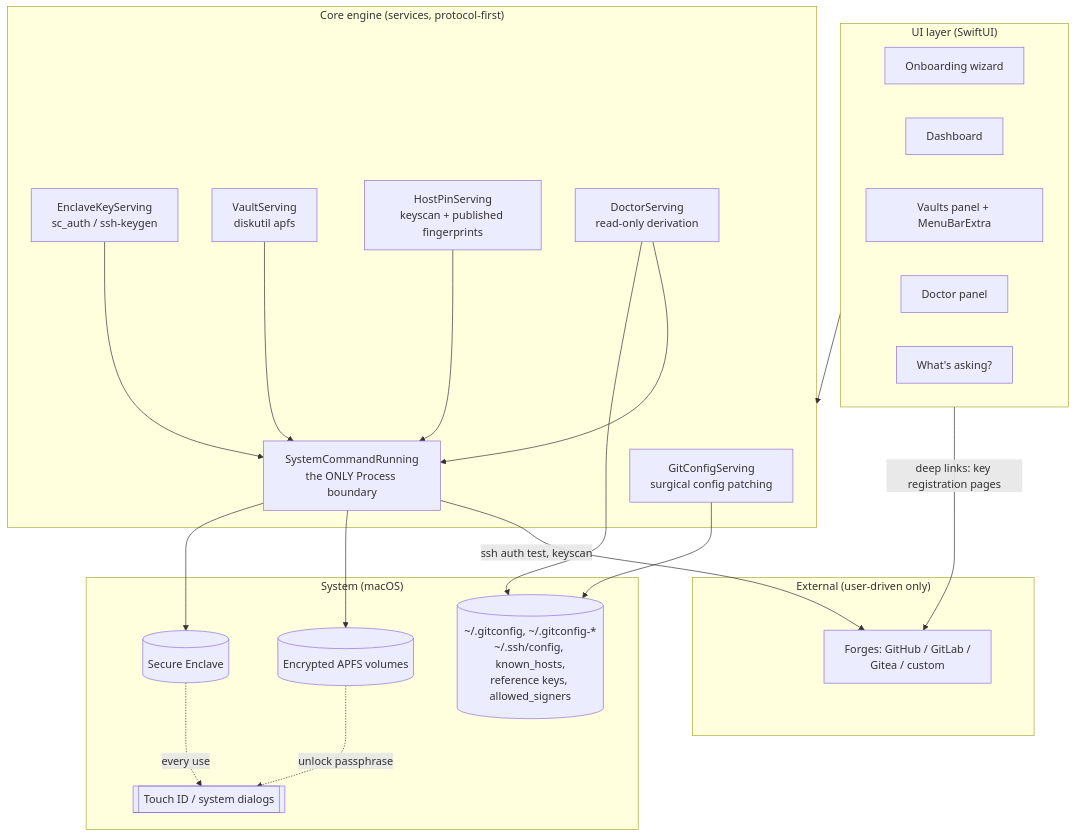
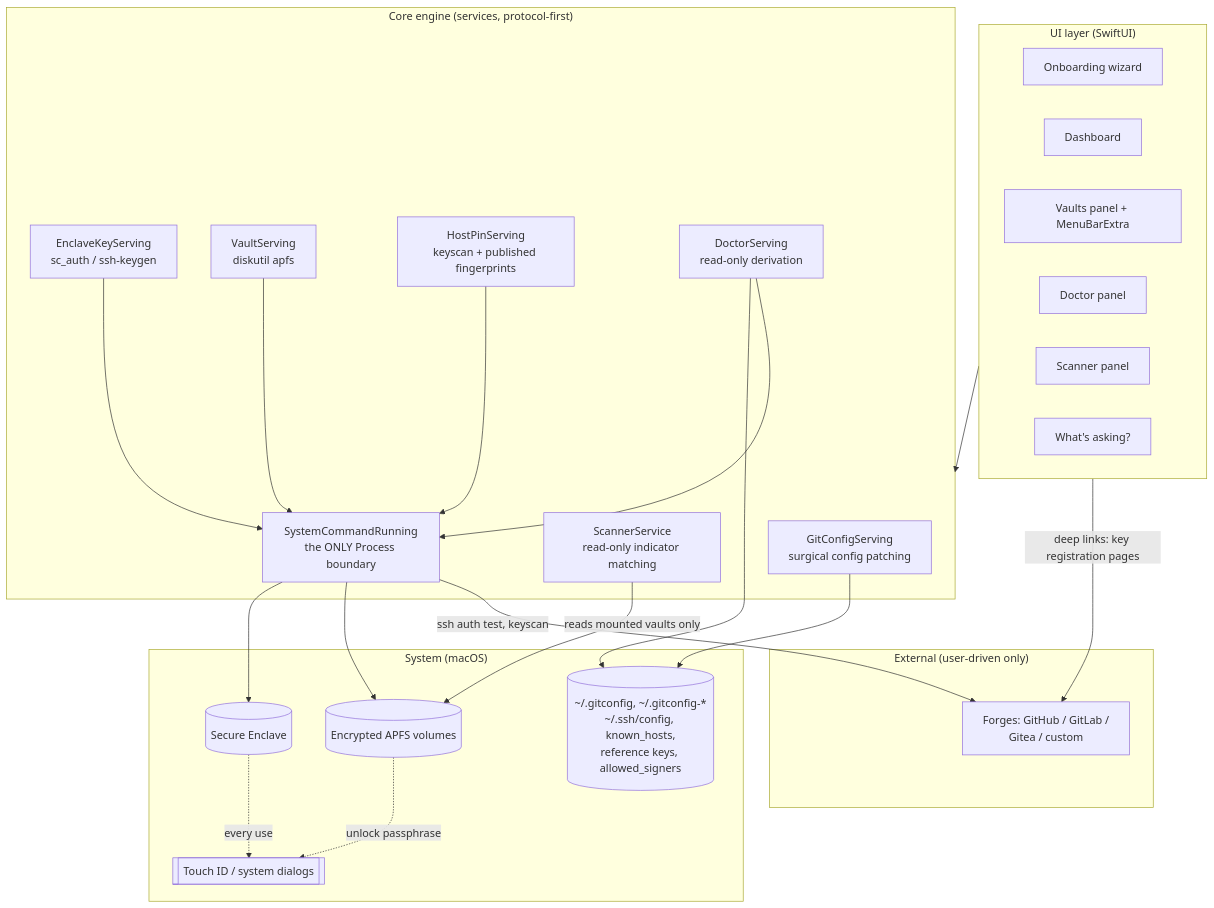
Before and after one commit to tugane/Vaultkit: the first of 5 diagrams in docs/data-flow.md, drawn with Mermaid. The commit also changed other lines of this file and 13 other files, not shown here.

````diff
--- a/docs/data-flow.md
+++ b/docs/data-flow.md
@@ -5,44 +5,47 @@
 ```mermaid
 flowchart TB
     subgraph UI["UI layer (SwiftUI)"]
         WIZ[Onboarding wizard]
         DASH[Dashboard]
         VLT[Vaults panel + MenuBarExtra]
         DOC[Doctor panel]
+        SCN[Scanner panel]
         ASK["What's asking?"]
     end
 
     subgraph CORE["Core engine (services, protocol-first)"]
         GCS[GitConfigServing<br/>surgical config patching]
         EKS[EnclaveKeyServing<br/>sc_auth / ssh-keygen]
         VS[VaultServing<br/>diskutil apfs]
         HPS[HostPinServing<br/>keyscan + published fingerprints]
         DS[DoctorServing<br/>read-only derivation]
+        SS[ScannerService<br/>read-only indicator matching]
         SCR[SystemCommandRunning<br/>the ONLY Process boundary]
     end
 
     subgraph SYS["System (macOS)"]
         SE[(Secure Enclave)]
         FILES[("~/.gitconfig, ~/.gitconfig-*<br/>~/.ssh/config, known_hosts,<br/>reference keys, allowed_signers")]
         APFS[(Encrypted APFS volumes)]
         TID[[Touch ID / system dialogs]]
     end
 
     subgraph EXT["External (user-driven only)"]
         FORGE[Forges: GitHub / GitLab /<br/>Gitea / custom]
     end
 
     UI --> CORE
     GCS --> FILES
     EKS --> SCR
     VS --> SCR
     HPS --> SCR
     DS --> FILES
     DS --> SCR
+    SS -->|reads mounted vaults only| APFS
     SCR --> SE
     SCR --> APFS
     SE -.every use.-> TID
     APFS -.unlock passphrase.-> TID
     SCR -->|ssh auth test, keyscan| FORGE
     UI -->|deep links: key registration pages| FORGE
 ```
````
